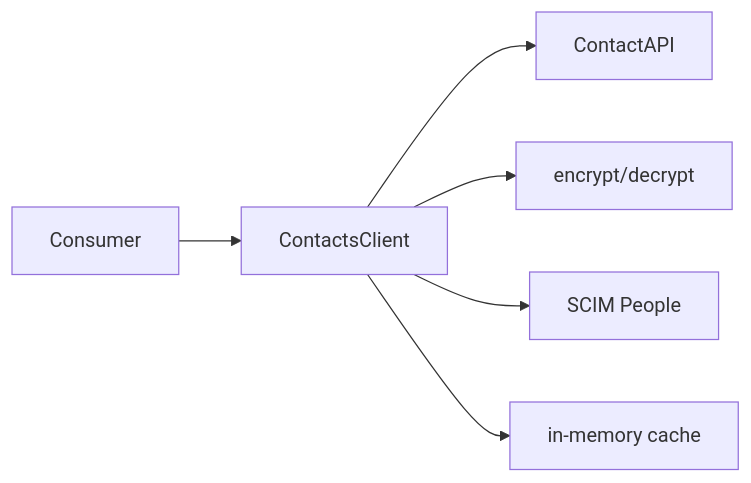
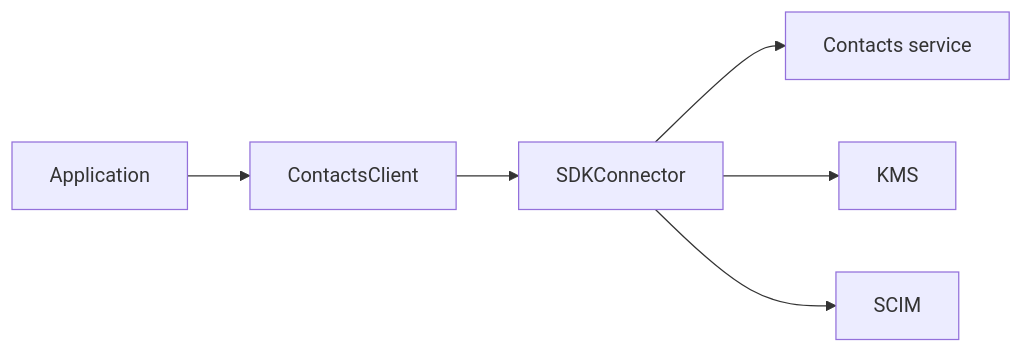
One commit to webex/webex-js-sdk changed the sixth of 6 diagrams in packages/calling/src/Contacts/ai-docs/contacts-spec.md. Above: the diagram before and after it, drawn with Mermaid. The commit also changed other lines of this file and 59 other files, not shown here.

````diff
--- a/packages/calling/src/Contacts/ai-docs/contacts-spec.md
+++ b/packages/calling/src/Contacts/ai-docs/contacts-spec.md
@@ -65,7 +585,8 @@
 ```mermaid
 flowchart LR
-  Consumer --> ContactsClient --> ContactAPI
-  ContactsClient --> Crypto[encrypt/decrypt]
-  ContactsClient --> SCIM[SCIM People]
-  ContactsClient --> Cache[in-memory cache]
+  App[Application] --> Contacts[ContactsClient]
+  Contacts --> SDK[SDKConnector]
+  SDK --> Service[Contacts service]
+  SDK --> KMS[KMS]
+  SDK --> SCIM[SCIM]
 ```
````
